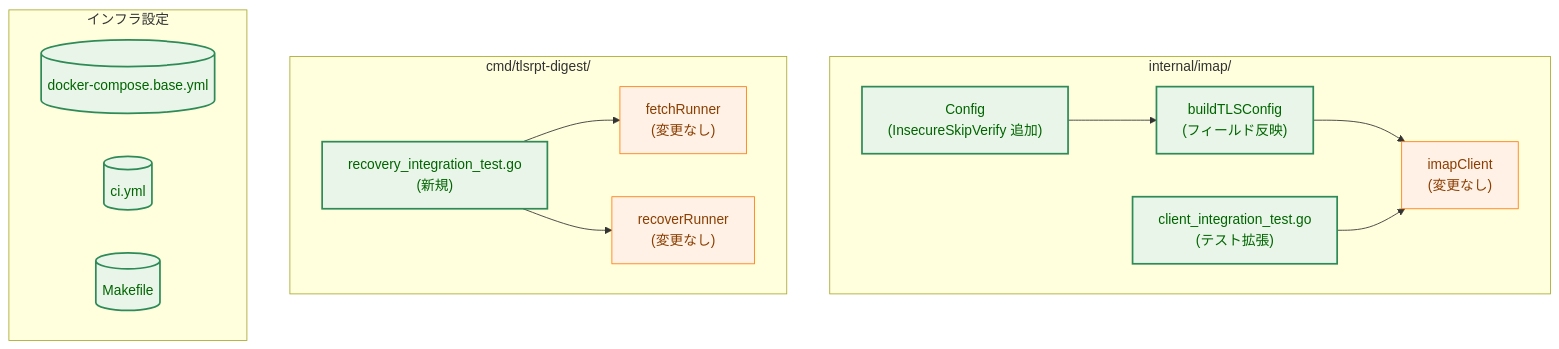
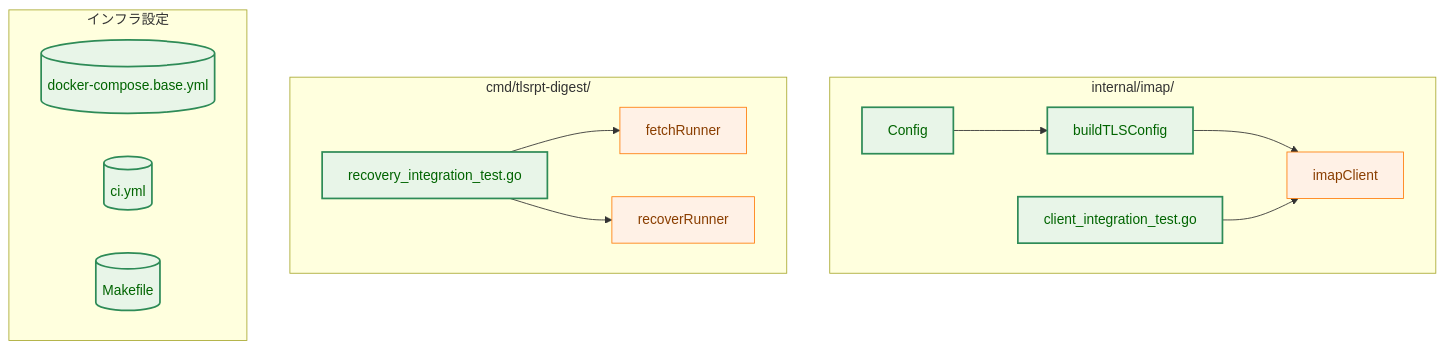
The third of 14 diagrams in docs/tasks/0090_imap_integration/02_architecture.md (isseis/tlsrpt-digest), drawn with Mermaid before and after one commit. The commit also changed other lines of this file, not shown here.

First line of the commit message:
docs(task 0090): refine architecture doc based on review feedback

````diff
--- a/docs/tasks/0090_imap_integration/02_architecture.md
+++ b/docs/tasks/0090_imap_integration/02_architecture.md
@@ -69,34 +69,34 @@
 ```mermaid
 graph TB
     classDef data fill:#e6f7ff,stroke:#1f77b4,stroke-width:1px,color:#0b3d91;
     classDef process fill:#fff1e6,stroke:#ff7f0e,stroke-width:1px,color:#8a3e00;
     classDef enhanced fill:#e8f5e8,stroke:#2e8b57,stroke-width:2px,color:#006400;
 
     subgraph imap_pkg ["internal/imap/"]
-        CFG["Config<br>(InsecureSkipVerify 追加)"]
-        TLS["buildTLSConfig<br>(フィールド反映)"]
-        CLIENT["imapClient<br>(変更なし)"]
-        ITEST["client_integration_test.go<br>(テスト拡張)"]
+        CFG["Config"]
+        TLS["buildTLSConfig"]
+        CLIENT["imapClient"]
+        ITEST["client_integration_test.go"]
     end
 
     subgraph cmd_pkg ["cmd/tlsrpt-digest/"]
-        FR["fetchRunner<br>(変更なし)"]
-        RR["recoverRunner<br>(変更なし)"]
-        RTEST["recovery_integration_test.go<br>(新規)"]
+        FR["fetchRunner"]
+        RR["recoverRunner"]
+        RTEST["recovery_integration_test.go"]
     end
 
     subgraph infra ["インフラ設定"]
         DC[("docker-compose.base.yml")]
         WF[("ci.yml")]
         MK[("Makefile")]
     end
 
     CFG --> TLS
     TLS --> CLIENT
     ITEST --> CLIENT
     RTEST --> FR
     RTEST --> RR
 
     class CFG,TLS,ITEST,RTEST,DC,WF,MK enhanced
     class CLIENT,FR,RR process
 ```
````
